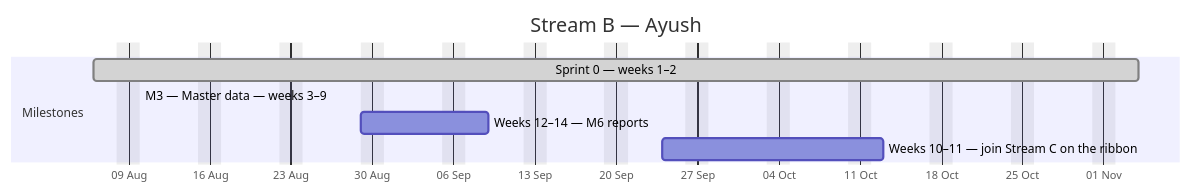
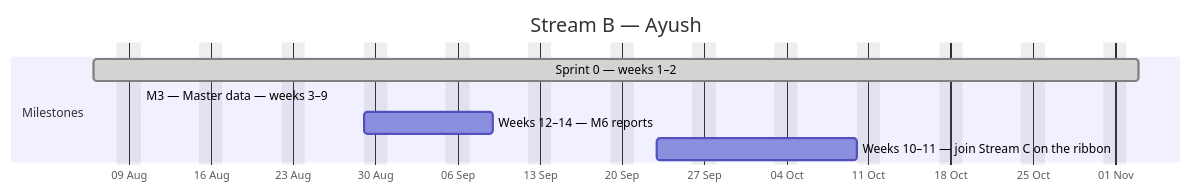
Before and after one commit to debashisedunext/EduTrack: the second of 4 diagrams in docs/plan/GANTT.md, drawn with Mermaid. The commit also changed other lines of this file and 3 other files, not shown here.

````diff
--- a/docs/plan/GANTT.md
+++ b/docs/plan/GANTT.md
@@ -129,12 +127,12 @@
 ```mermaid
 gantt
     dateFormat YYYY-MM-DD
     axisFormat %d %b
     title Stream B — Ayush
     excludes weekends
     section Milestones
-    Sprint 0 — weeks 1–2 :done, b0, 2026-08-06, 64d
+    Sprint 0 — weeks 1–2 :done, b0, 2026-08-06, 63d
     M3 — Master data — weeks 3–9 :active, b1, 2026-08-10, -20d
     Weeks 12–14 — M6 reports :b2, 2026-08-29, 8d
-    Weeks 10–11 — join Stream C on the ribbon :b3, 2026-09-24, 13d
+    Weeks 10–11 — join Stream C on the ribbon :b3, 2026-09-23, 13d
 ```
````
